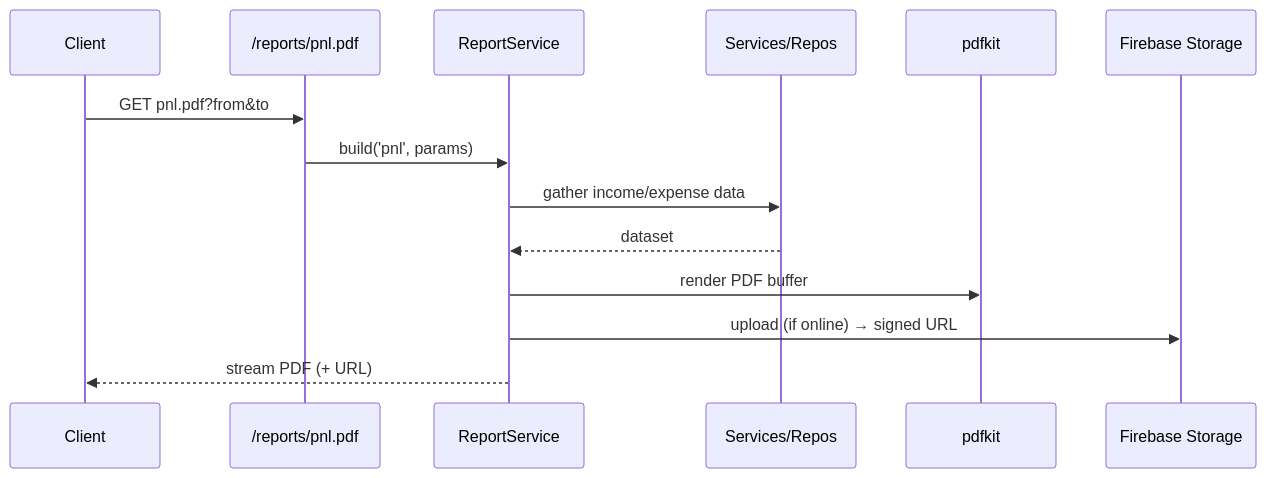
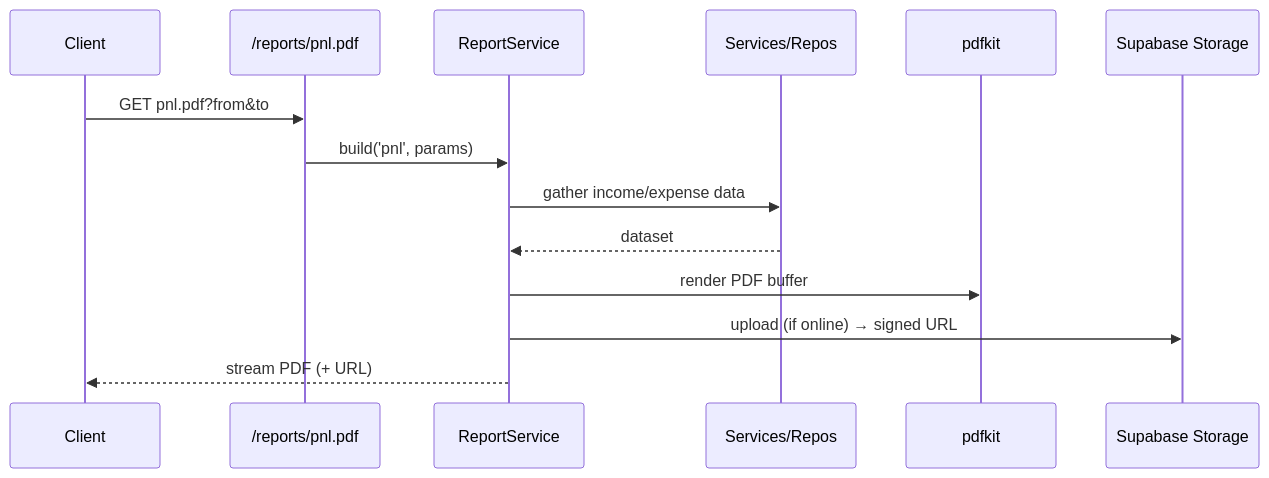
The fourth of 7 diagrams in docs/IMPLEMENTATION_PLAN.md (MohammadEmad2003/Restaurant-Management-System), drawn with Mermaid before and after one commit. The commit also changed other lines of this file and 21 other files, not shown here.

````diff
--- a/docs/IMPLEMENTATION_PLAN.md
+++ b/docs/IMPLEMENTATION_PLAN.md
@@ -493,16 +493,16 @@
 ```mermaid
 sequenceDiagram
     participant C as Client
     participant R as /reports/pnl.pdf
     participant Svc as ReportService
     participant D as Services/Repos
     participant P as pdfkit
-    participant St as Firebase Storage
+    participant St as Supabase Storage
     C->>R: GET pnl.pdf?from&to
     R->>Svc: build('pnl', params)
     Svc->>D: gather income/expense data
     D-->>Svc: dataset
     Svc->>P: render PDF buffer
     Svc->>St: upload (if online) → signed URL
     Svc-->>C: stream PDF (+ URL)
 ```
````
